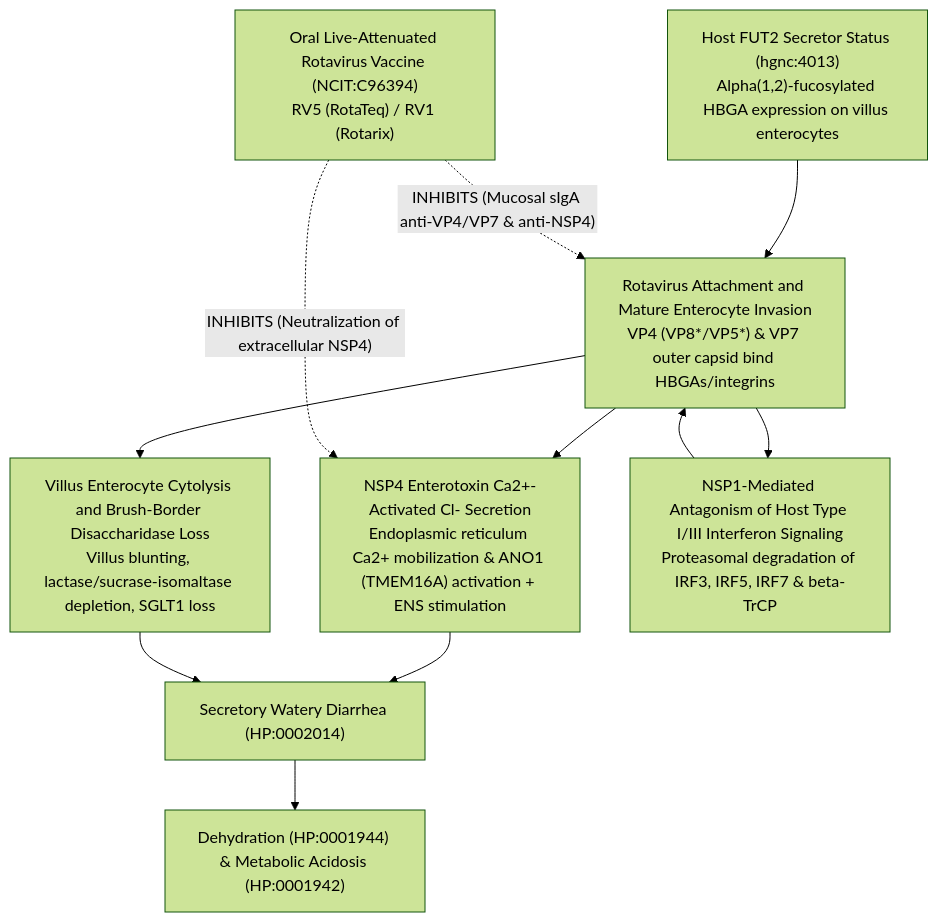
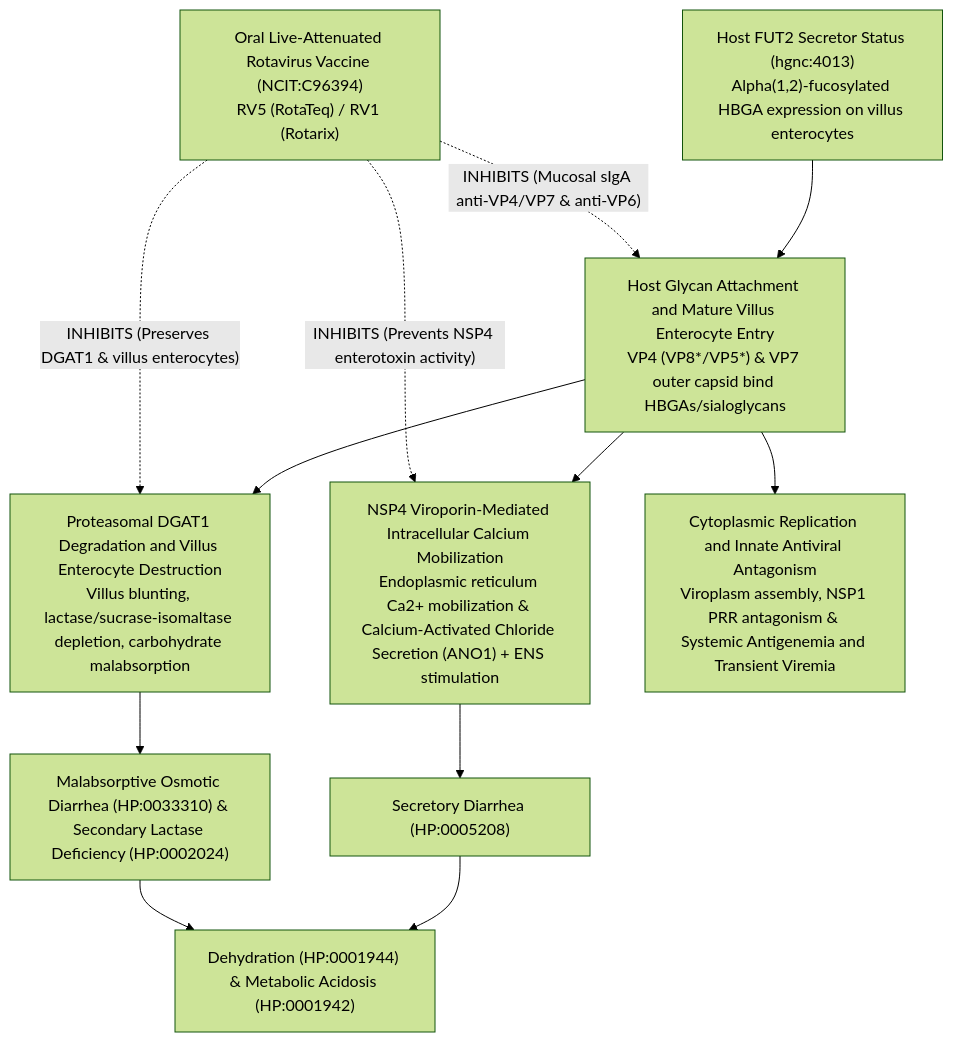
Before and after one commit to monarch-initiative/dismech: the diagram in projects/VACCINES.md, drawn with Mermaid (forest theme). The commit also changed other lines of this file and 5 other files, not shown here.

````diff
--- a/projects/VACCINES.md
+++ b/projects/VACCINES.md
@@ -251,14 +251,15 @@
 ```mermaid
 flowchart TD
   G1["Host FUT2 Secretor Status (hgnc:4013)<br/>Alpha(1,2)-fucosylated HBGA expression on villus enterocytes"] --> N1
-  N1["Rotavirus Attachment and Mature Enterocyte Invasion<br/>VP4 (VP8*/VP5*) & VP7 outer capsid bind HBGAs/integrins"]
-  N1 --> N2["NSP4 Enterotoxin Ca2+-Activated Cl- Secretion<br/>Endoplasmic reticulum Ca2+ mobilization & ANO1 (TMEM16A) activation + ENS stimulation"]
-  N1 --> N3["Villus Enterocyte Cytolysis and Brush-Border Disaccharidase Loss<br/>Villus blunting, lactase/sucrase-isomaltase depletion, SGLT1 loss"]
-  N1 --> N4["NSP1-Mediated Antagonism of Host Type I/III Interferon Signaling<br/>Proteasomal degradation of IRF3, IRF5, IRF7 & beta-TrCP"]
-  N4 --> N1
-  N2 --> P1["Secretory Watery Diarrhea (HP:0002014)"]
-  N3 --> P1
+  N1["Host Glycan Attachment and Mature Villus Enterocyte Entry<br/>VP4 (VP8*/VP5*) & VP7 outer capsid bind HBGAs/sialoglycans"]
+  N1 --> N2["NSP4 Viroporin-Mediated Intracellular Calcium Mobilization<br/>Endoplasmic reticulum Ca2+ mobilization & Calcium-Activated Chloride Secretion (ANO1) + ENS stimulation"]
+  N1 --> N3["Proteasomal DGAT1 Degradation and Villus Enterocyte Destruction<br/>Villus blunting, lactase/sucrase-isomaltase depletion, carbohydrate malabsorption"]
+  N1 --> N4["Cytoplasmic Replication and Innate Antiviral Antagonism<br/>Viroplasm assembly, NSP1 PRR antagonism & Systemic Antigenemia and Transient Viremia"]
+  N2 --> P1["Secretory Diarrhea (HP:0005208)"]
+  N3 --> P3["Malabsorptive Osmotic Diarrhea (HP:0033310) & Secondary Lactase Deficiency (HP:0002024)"]
   P1 --> P2["Dehydration (HP:0001944) & Metabolic Acidosis (HP:0001942)"]
-  V1["Oral Live-Attenuated Rotavirus Vaccine (NCIT:C96394)<br/>RV5 (RotaTeq) / RV1 (Rotarix)"] -. "INHIBITS (Mucosal sIgA anti-VP4/VP7 & anti-NSP4)" .-> N1
-  V1 -. "INHIBITS (Neutralization of extracellular NSP4)" .-> N2
+  P3 --> P2
+  V1["Oral Live-Attenuated Rotavirus Vaccine (NCIT:C96394)<br/>RV5 (RotaTeq) / RV1 (Rotarix)"] -. "INHIBITS (Mucosal sIgA anti-VP4/VP7 & anti-VP6)" .-> N1
+  V1 -. "INHIBITS (Prevents NSP4 enterotoxin activity)" .-> N2
+  V1 -. "INHIBITS (Preserves DGAT1 & villus enterocytes)" .-> N3
 ```
````
